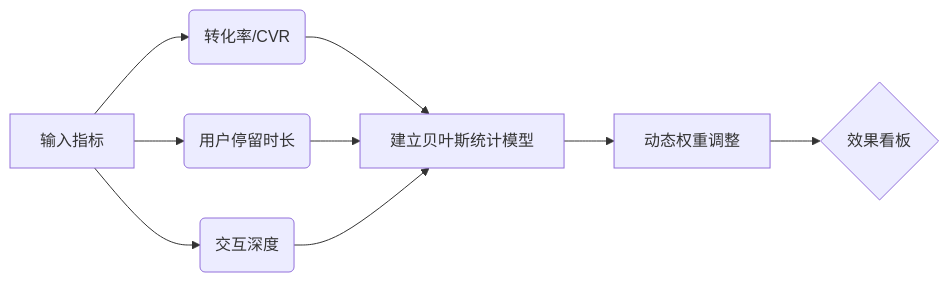
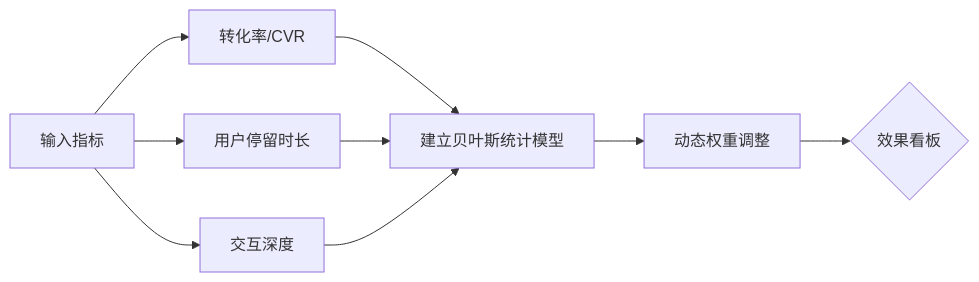
Before and after one commit to thedeathsheep/pocaster.github.io: the eighth of 9 diagrams in _posts/2025-04-10-一种客服咨询类Agent设计方案.md, drawn with Mermaid. The commit also changed other lines of this file and 7 other files, not shown here.

Commit message:
更新Mermaid版本至11.6.0，修改开发指南标题并调整标签，增加网络编程相关内容；更新咨询类Agent设计文档，优化流程图格式和标题。

```diff
--- a/_posts/2025-04-10-一种客服咨询类Agent设计方案.md
+++ b/_posts/2025-04-10-一种客服咨询类Agent设计方案.md
@@ -196,9 +194,9 @@
 <div class="mermaid">
 flowchart LR
-    A[输入指标] --> B(转化率/CVR)
-    A --> C(用户停留时长)
-    A --> D(交互深度)
-    B & C & D --> E[建立贝叶斯统计模型]
-    E --> F[动态权重调整]
-    F --> G{效果看板}
+    A["输入指标"] --> B["转化率/CVR"]
+    A --> C["用户停留时长"]
+    A --> D["交互深度"]
+    B & C & D --> E["建立贝叶斯统计模型"]
+    E --> F["动态权重调整"]
+    F --> G{"效果看板"}
 </div>
```
